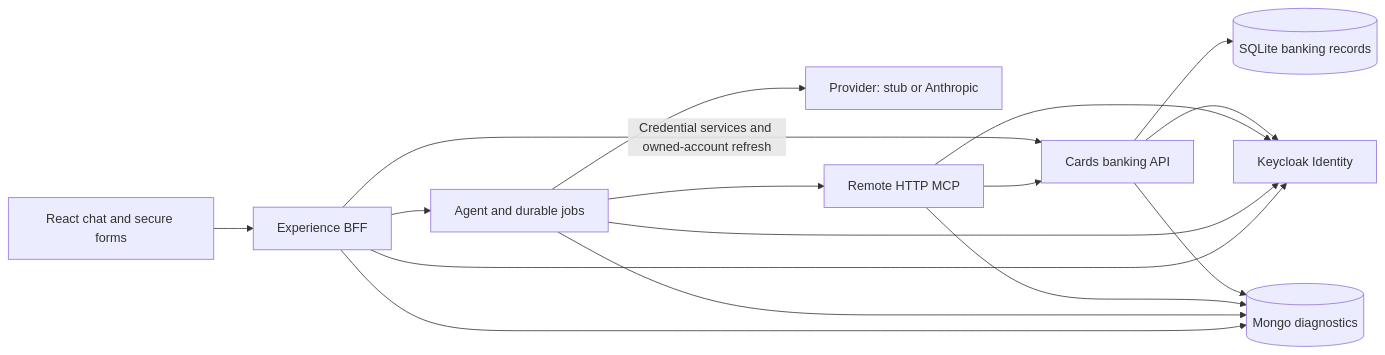
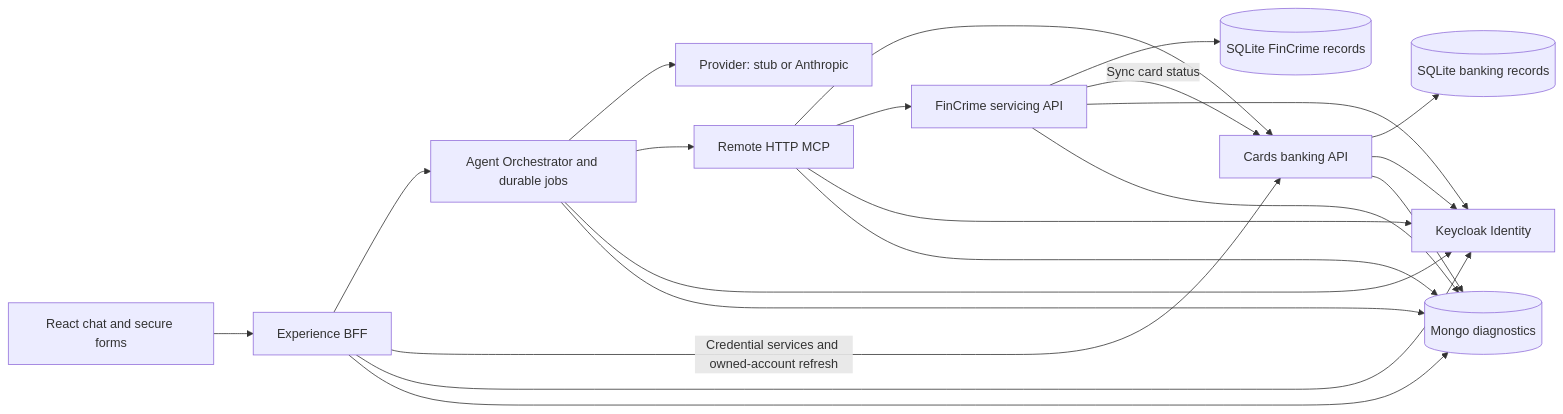
One commit to kishoreakaveeti/CardServicing changed the first of 2 diagrams in docs/architecture.md. Above: the diagram before and after it, drawn with Mermaid. The commit also changed other lines of this file and 51 other files, not shown here.

````diff
--- a/docs/architecture.md
+++ b/docs/architecture.md
@@ -7,18 +7,23 @@
 ```mermaid
 flowchart LR
     U[React chat and secure forms] --> B[Experience BFF]
-    B --> A[Agent and durable jobs]
+    B --> A[Agent Orchestrator and durable jobs]
     A --> L[Provider: stub or Anthropic]
     A --> M[Remote HTTP MCP]
     M --> C[Cards banking API]
+    M --> FC[FinCrime servicing API]
     B -->|Credential services and owned-account refresh| C
     C --> S[(SQLite banking records)]
+    FC --> FS[(SQLite FinCrime records)]
+    FC -->|Sync card status| C
     B --> I[Keycloak Identity]
     A --> I
     M --> I
     C --> I
+    FC --> I
     B --> D[(Mongo diagnostics)]
     A --> D
     M --> D
     C --> D
+    FC --> D
 ```
````
